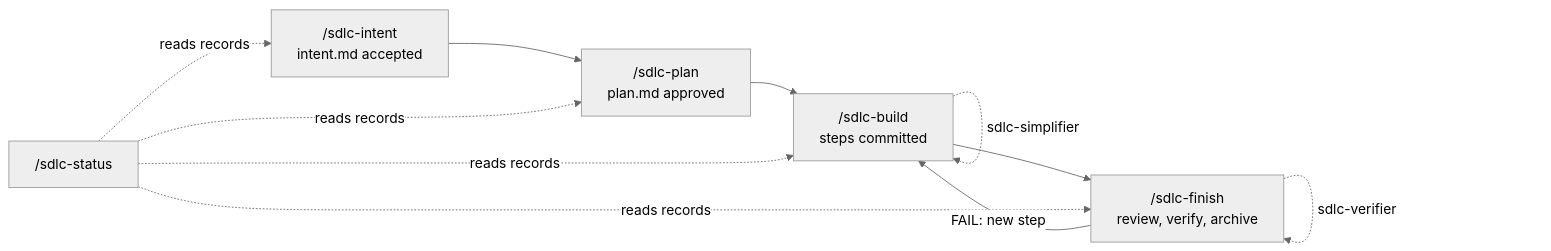
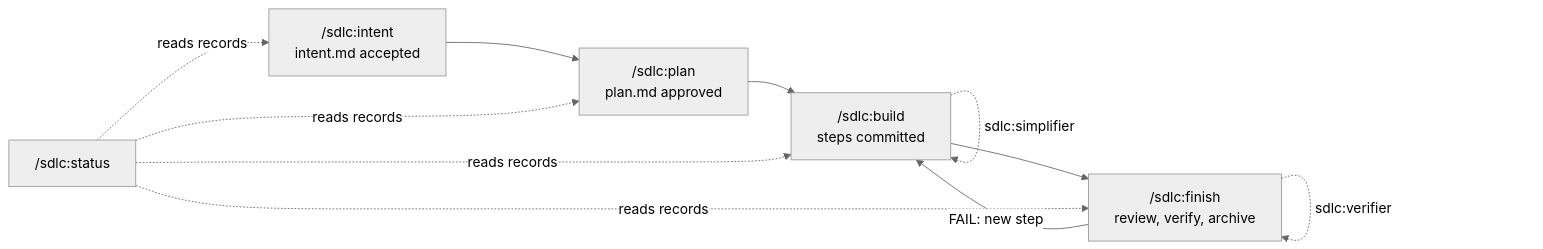
The diagram in plugins/sdlc/README.md (3meyc/agent-kit), drawn with Mermaid (neutral theme) before and after one commit. The commit also changed other lines of this file and 44 other files, not shown here.

````diff
--- a/plugins/sdlc/README.md
+++ b/plugins/sdlc/README.md
@@ -19,10 +19,10 @@
 ```mermaid
 flowchart LR
-  I["/sdlc-intent<br/>intent.md accepted"] --> P["/sdlc-plan<br/>plan.md approved"]
-  P --> B["/sdlc-build<br/>steps committed"]
-  B -. "sdlc-simplifier" .-> B
-  B --> F["/sdlc-finish<br/>review, verify, archive"]
-  F -. "sdlc-verifier" .-> F
+  I["/sdlc:intent<br/>intent.md accepted"] --> P["/sdlc:plan<br/>plan.md approved"]
+  P --> B["/sdlc:build<br/>steps committed"]
+  B -. "sdlc:simplifier" .-> B
+  B --> F["/sdlc:finish<br/>review, verify, archive"]
+  F -. "sdlc:verifier" .-> F
   F -- "FAIL: new step" --> B
-  S["/sdlc-status"] -. "reads records" .-> I & P & B & F
+  S["/sdlc:status"] -. "reads records" .-> I & P & B & F
 ```
````
